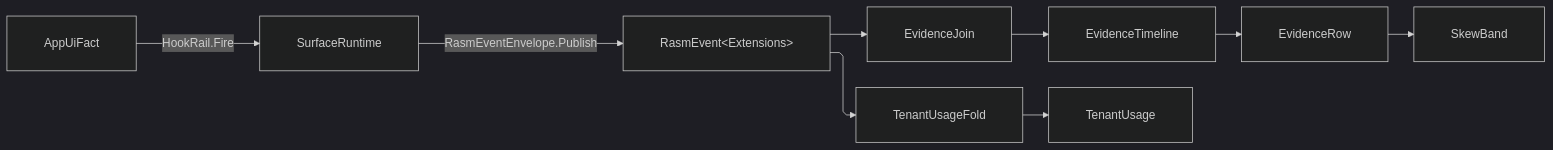
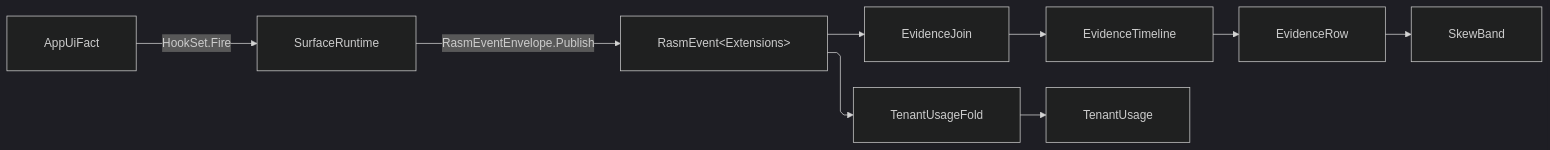
The diagram in libs/dotnet/Rasm.AppUi/.planning/Diagnostics/evidence.md (bsamiee/Rasm), drawn with Mermaid (dark theme) before and after one commit. The commit also changed other lines of this file and 1997 other files, not shown here.

````diff
--- a/libs/dotnet/Rasm.AppUi/.planning/Diagnostics/evidence.md
+++ b/libs/dotnet/Rasm.AppUi/.planning/Diagnostics/evidence.md
@@ -772,20 +772,20 @@
 ```mermaid
 ---
 config:
   layout: elk
   flowchart:
     curve: linear
     padding: 25
 ---
 flowchart LR
     accTitle: AppUi evidence fold from fired fact to timeline and usage
     accDescr: One typed fact firing at its seat, the surface runtime's mounted observe tap publishing it as a CloudEvent, and the admitted event stream folding into uncertainty-banded timeline rows and per-window usage rows.
-    AppUiFact -->|"HookRail.Fire"| SurfaceRuntime
+    AppUiFact -->|"HookSet.Fire"| SurfaceRuntime
     SurfaceRuntime -->|"RasmEventEnvelope.Publish"| Event["RasmEvent&lt;Extensions&gt;"]
     Event --> EvidenceJoin
     Event --> TenantUsageFold
     EvidenceJoin --> EvidenceTimeline
     EvidenceTimeline --> EvidenceRow
     EvidenceRow --> SkewBand
     TenantUsageFold --> TenantUsage
 ```
````
